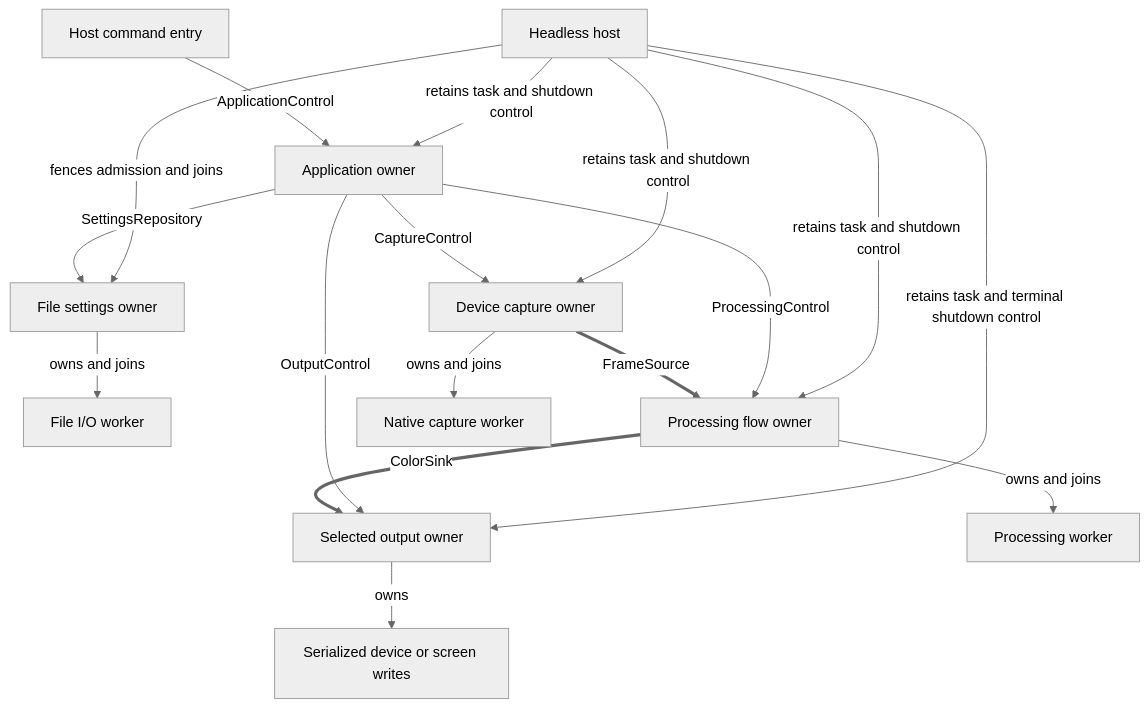
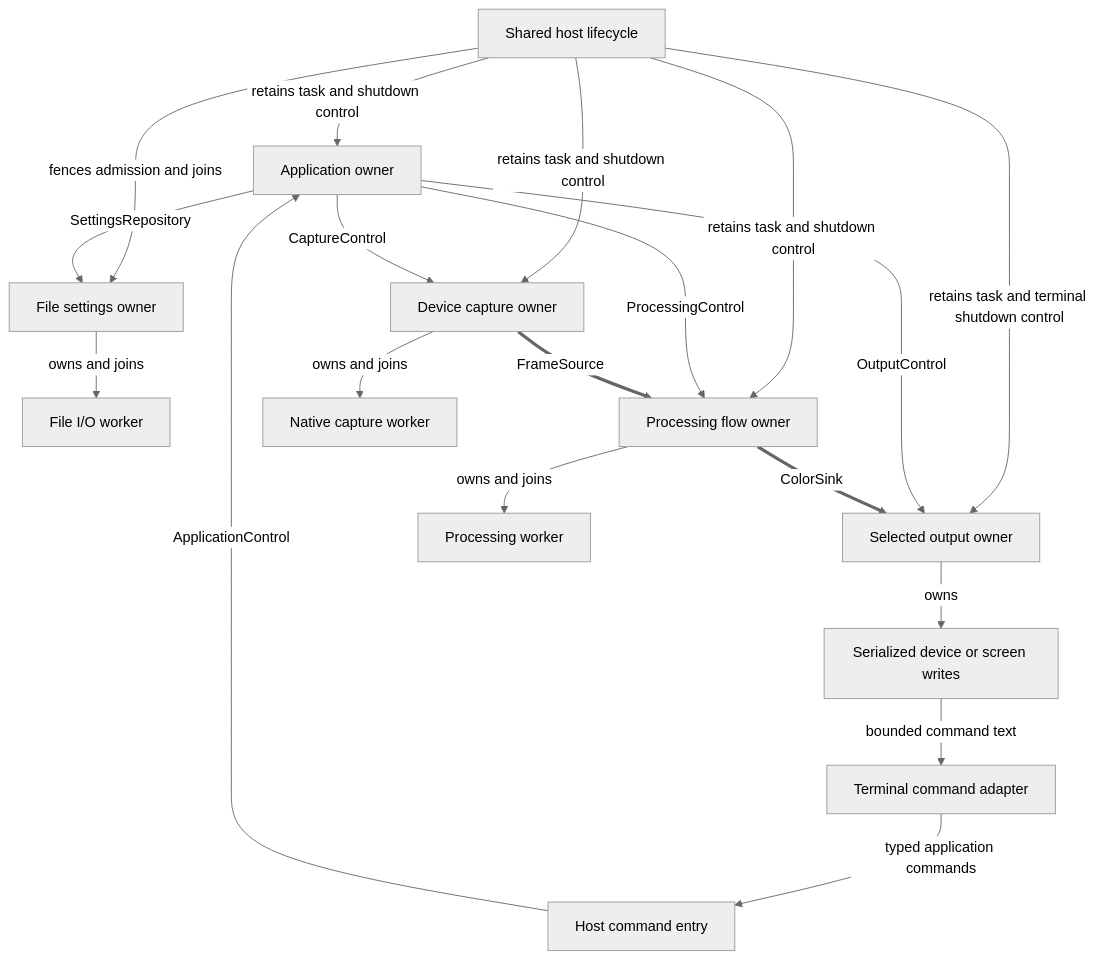
The first of 2 diagrams in v1/assemblies/HOST-LIFECYCLE.md (ericschaal/prysm), drawn with Mermaid (neutral theme) before and after one commit. The commit also changed other lines of this file and 34 other files, not shown here.

First line of the commit message:
feat(v1): add terminal settings controls and split host binaries

````diff
--- a/v1/assemblies/HOST-LIFECYCLE.md
+++ b/v1/assemblies/HOST-LIFECYCLE.md
@@ -13,20 +13,22 @@
 ```mermaid
 flowchart TB
-    Host[Headless host]
+    Host[Shared host lifecycle]
     Host -->|retains task and shutdown control| App[Application owner]
     Host -->|fences admission and joins| Store[File settings owner]
     App -->|SettingsRepository| Store
     Store -->|owns and joins| IO[File I/O worker]
     Host -->|retains task and shutdown control| Capture[Device capture owner]
     Host -->|retains task and shutdown control| Flow[Processing flow owner]
     Host -->|retains task and terminal shutdown control| Output[Selected output owner]
-    Commands[Host command entry] -->|ApplicationControl| App
+    Writer -->|bounded command text| Input[Terminal command adapter]
+    Input -->|typed application commands| Commands[Host command entry]
+    Commands -->|ApplicationControl| App
     App -->|CaptureControl| Capture
     App -->|ProcessingControl| Flow
     App -->|OutputControl| Output
     Capture -->|owns and joins| Native[Native capture worker]
     Flow -->|owns and joins| Worker[Processing worker]
     Output -->|owns| Writer[Serialized device or screen writes]
     Capture ==>|FrameSource| Flow
     Flow ==>|ColorSink| Output
 ```
````
